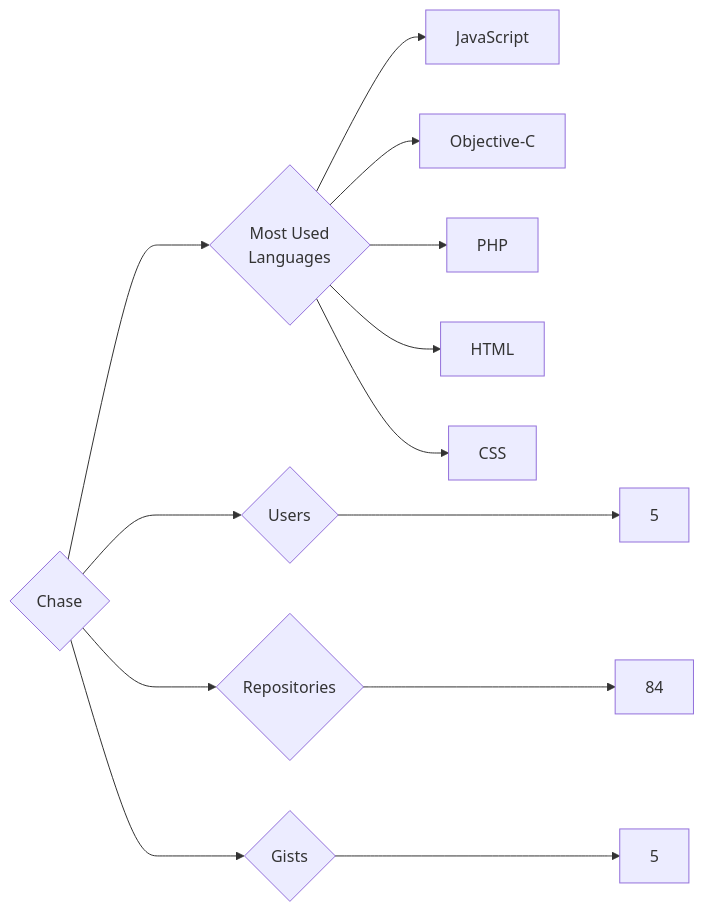
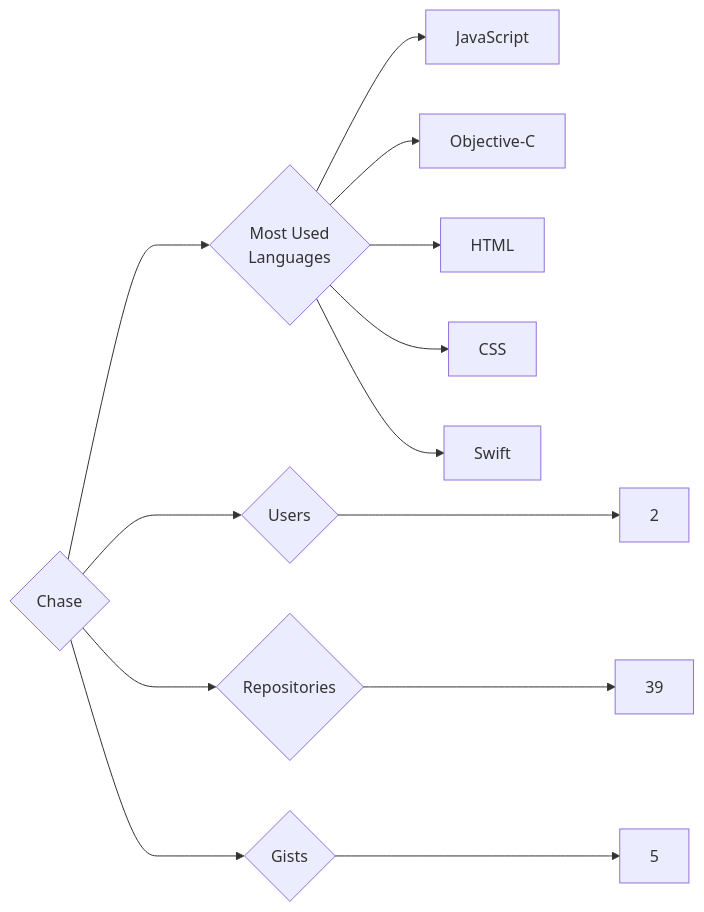
Before and after one commit to trickest/insiders: the diagram in targets/Chase/README.md, drawn with Mermaid. The commit also changed 1003 other files, not shown here.

````diff
--- a/targets/Chase/README.md
+++ b/targets/Chase/README.md
@@ -3,13 +3,13 @@
 ```mermaid
 graph LR
 COMPANY_NAME{Chase}
-COMPANY_NAME ---> U{Users} ---> UN[5]
-COMPANY_NAME ---> R{Repositories} ---> RN[84]
+COMPANY_NAME ---> U{Users} ---> UN[2]
+COMPANY_NAME ---> R{Repositories} ---> RN[39]
 COMPANY_NAME ---> G{Gists} ---> GN[5]
 COMPANY_NAME ---> ML{Most Used<br>Languages}
 ML --> JavaScript[JavaScript]
 ML --> Objective-C[Objective-C]
-ML --> PHP[PHP]
 ML --> HTML[HTML]
 ML --> CSS[CSS]
+ML --> Swift[Swift]
 ```
````
